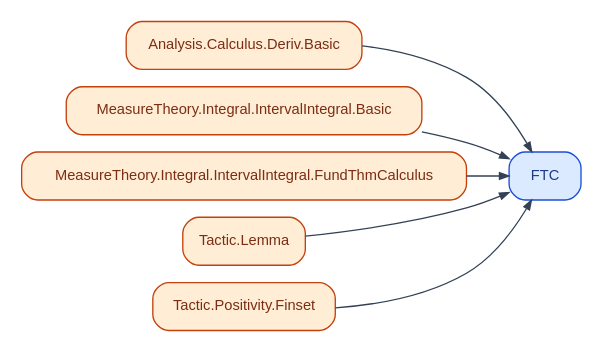
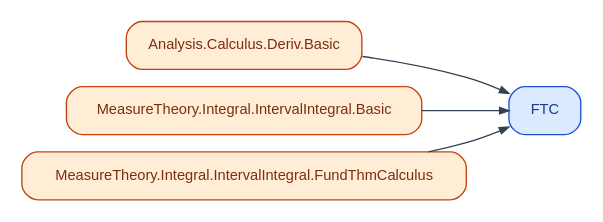
One commit to catskillsresearch/BachelorsInMeasurementTheory changed the diagram in figures/deps/Course21120.dot. Above: the diagram before and after it, drawn with Graphviz. The commit also changed 17 other files, not shown here.

```diff
--- a/figures/deps/Course21120.dot
+++ b/figures/deps/Course21120.dot
@@ -1,19 +1,15 @@
 digraph Course21120 {
   rankdir=LR;
   graph [nodesep=0.18, ranksep=0.45, pad=0.12, bgcolor="white"];
   node [shape=box, style="rounded,filled", fontname="Helvetica", fontsize=11];
   edge [color="#334155", arrowsize=0.7];
 
   LAnalysisCalculusDerivBasic [label="Analysis.Calculus.Deriv.Basic", fillcolor="#ffedd5", color="#c2410c", fontcolor="#7c2d12"];
   LMeasureTheoryIntegralIntervalIntegralBasic [label="MeasureTheory.Integral.IntervalIntegral.Basic", fillcolor="#ffedd5", color="#c2410c", fontcolor="#7c2d12"];
   LMeasureTheoryIntegralIntervalIntegralFundThmCalculus [label="MeasureTheory.Integral.IntervalIntegral.FundThmCalculus", fillcolor="#ffedd5", color="#c2410c", fontcolor="#7c2d12"];
-  LTacticLemma [label="Tactic.Lemma", fillcolor="#ffedd5", color="#c2410c", fontcolor="#7c2d12"];
-  LTacticPositivityFinset [label="Tactic.Positivity.Finset", fillcolor="#ffedd5", color="#c2410c", fontcolor="#7c2d12"];
   MFTC [label="FTC", fillcolor="#dbeafe", color="#1d4ed8", fontcolor="#1e3a8a"];
 
+  LMeasureTheoryIntegralIntervalIntegralFundThmCalculus -> MFTC;
+  LMeasureTheoryIntegralIntervalIntegralBasic -> MFTC;
   LAnalysisCalculusDerivBasic -> MFTC;
-  LMeasureTheoryIntegralIntervalIntegralBasic -> MFTC;
-  LTacticLemma -> MFTC;
-  LMeasureTheoryIntegralIntervalIntegralFundThmCalculus -> MFTC;
-  LTacticPositivityFinset -> MFTC;
 }
```
